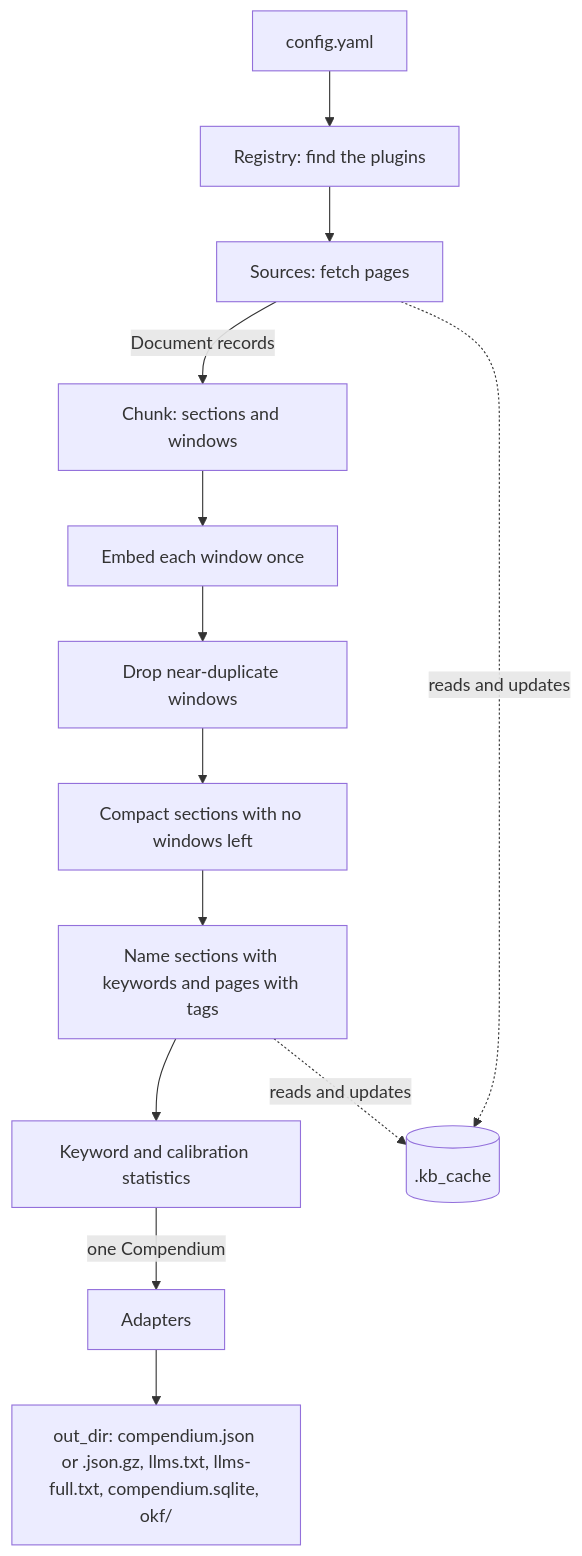
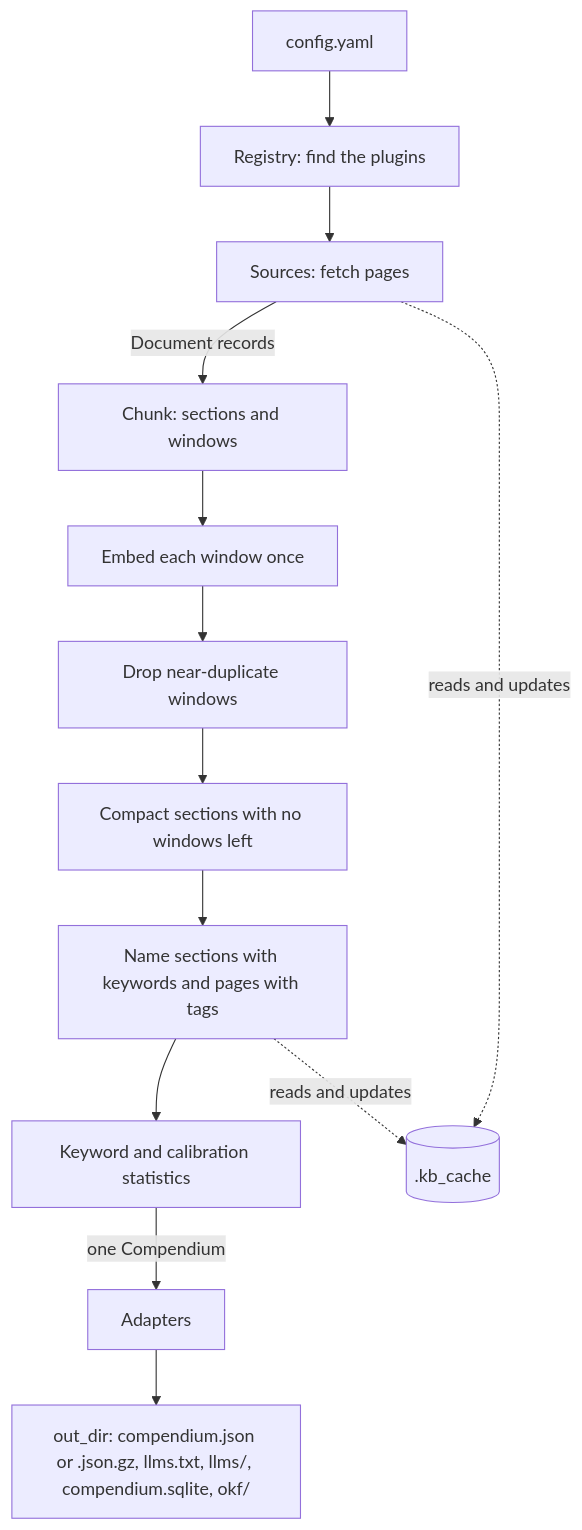
The diagram in docs/data-flow.md (DepressionCenter/extractium), drawn with Mermaid before and after one commit. The commit also changed other lines of this file and 24 other files, not shown here.

````diff
--- a/docs/data-flow.md
+++ b/docs/data-flow.md
@@ -41,15 +41,15 @@
 ```mermaid
 flowchart TD
     A[config.yaml] --> B[Registry: find the plugins]
     B --> C[Sources: fetch pages]
     C -->|Document records| D[Chunk: sections and windows]
     D --> E[Embed each window once]
     E --> F[Drop near-duplicate windows]
     F --> G[Compact sections with no windows left]
     G --> N[Name sections with keywords and pages with tags]
     N --> H[Keyword and calibration statistics]
     H -->|one Compendium| I[Adapters]
-    I --> J[out_dir: compendium.json or .json.gz, llms.txt, llms-full.txt, compendium.sqlite, okf/]
+    I --> J[out_dir: compendium.json or .json.gz, llms.txt, llms/, compendium.sqlite, okf/]
     C -.reads and updates.-> K[(.kb_cache)]
     N -.reads and updates.-> K
 ```
````
